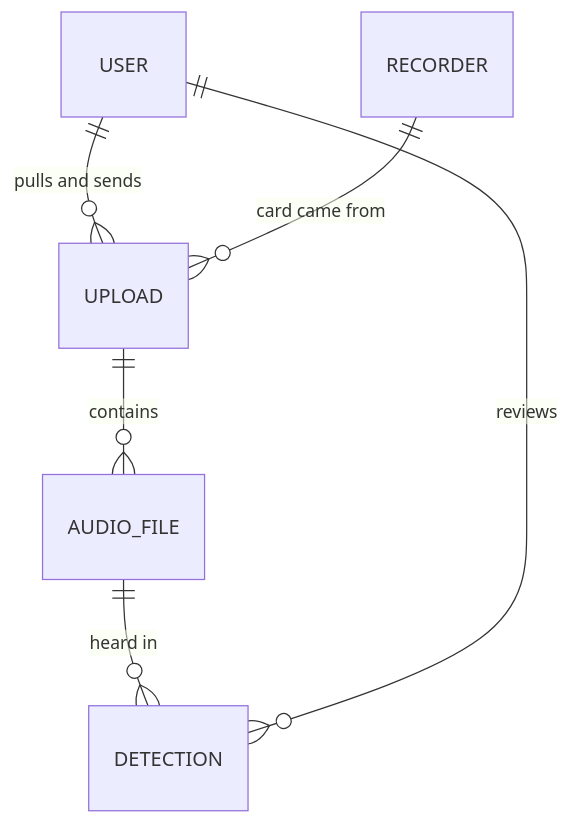
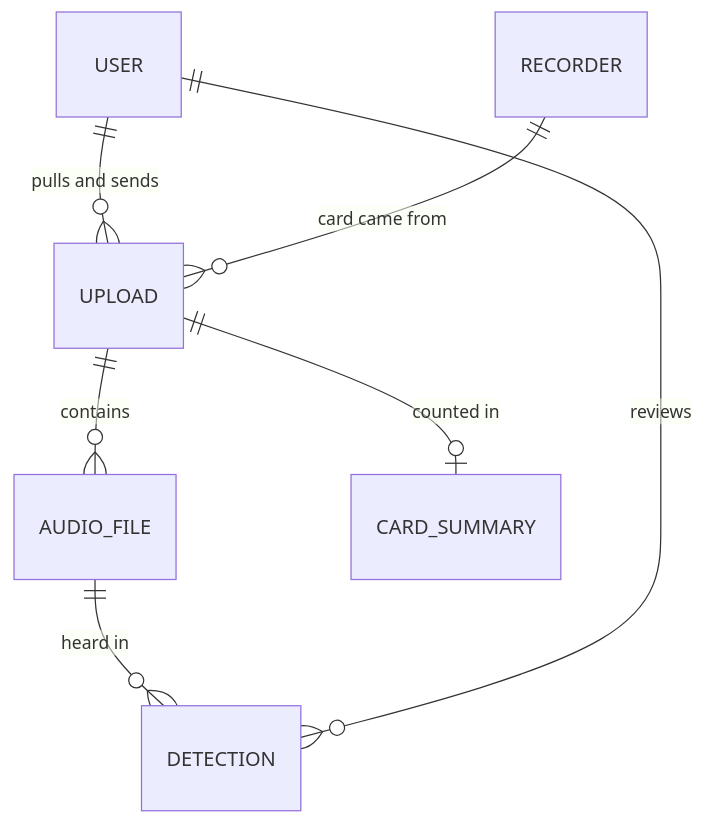
Before and after one commit to TimMisiak/EASBirdNet: the diagram in SCHEMA.md, drawn with Mermaid. The commit also changed other lines of this file and 26 other files, not shown here.

````diff
--- a/SCHEMA.md
+++ b/SCHEMA.md
@@ -24,8 +25,9 @@
 ```mermaid
 erDiagram
     USER ||--o{ UPLOAD : "pulls and sends"
     RECORDER ||--o{ UPLOAD : "card came from"
     UPLOAD ||--o{ AUDIO_FILE : contains
     AUDIO_FILE ||--o{ DETECTION : "heard in"
     USER ||--o{ DETECTION : reviews
+    UPLOAD ||--o| CARD_SUMMARY : "counted in"
 ```
````
